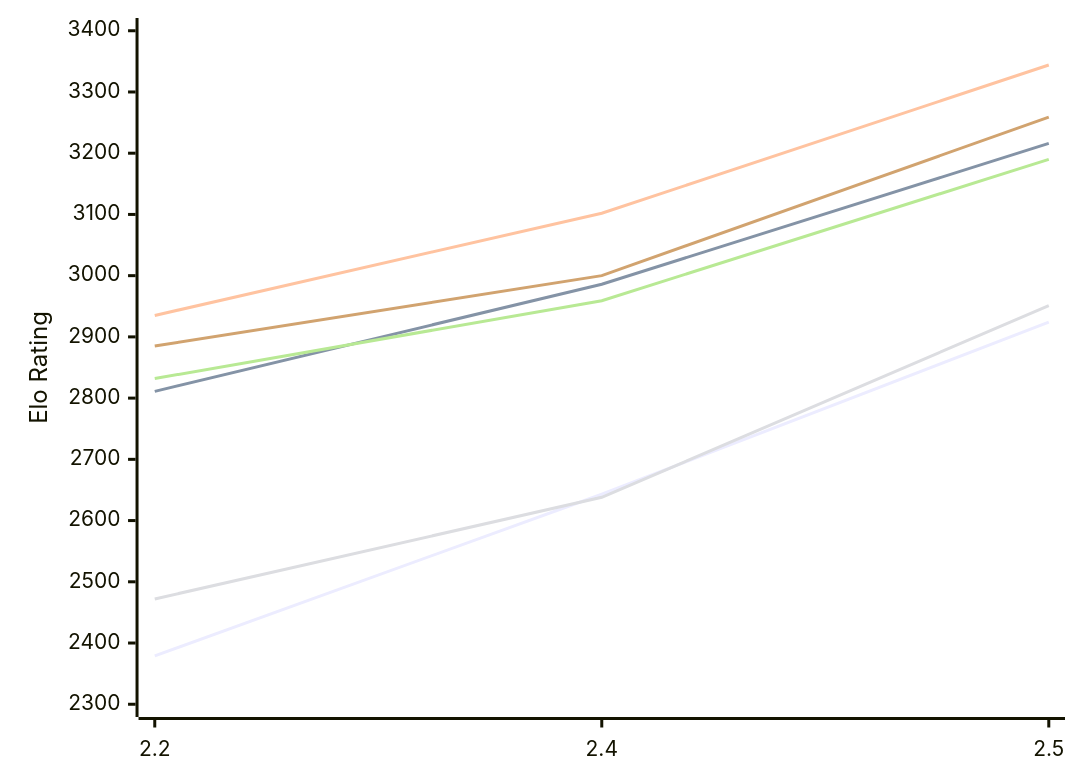
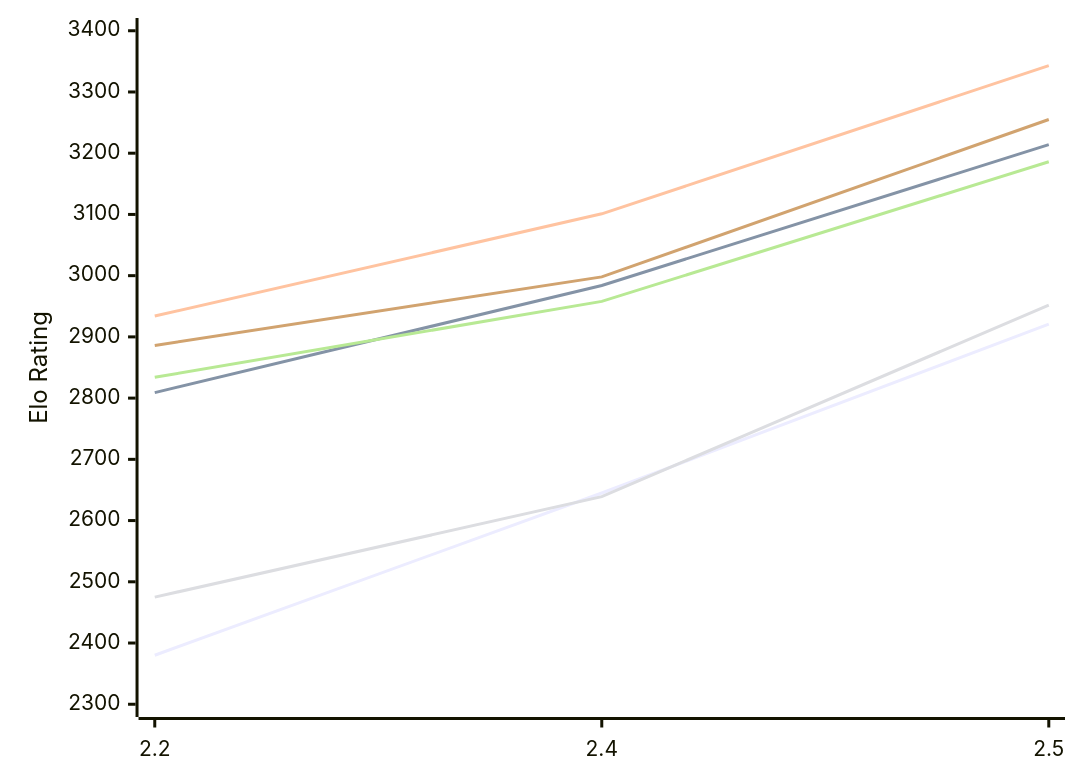
The first of 2 diagrams in engines/Sloth.md (computer-chess-index/cci), drawn with Mermaid before and after one commit. The commit also changed other lines of this file, not shown here.

Commit message:
Update CCI Ratings (ELO VLTC) - 2026-11-19

````diff
--- a/engines/Sloth.md
+++ b/engines/Sloth.md
@@ -52,12 +52,12 @@
 ```mermaid
 %%{init: {"theme":"base","themeVariables":{"seriesColors:['#a3a3a3','#222221','#faa371']}}}%%
 xychart-beta
   x-axis ["2.2", "2.4", "2.5"]
   y-axis "Elo Rating" 2300 --> 3400
-  line "E1: STC (8.0+0.08s)" [2379, 2643, 2924]
-  line "E1: LTC (60.0+0.60s)" [2811, 2986, 3216]
-  line "E1: VLTC (2m24s+1.12s)" [2935, 3102, 3344]
-  line "P1: STC (8.0+0.08s)" [2472, 2638, 2951]
-  line "P1: LTC (60.0+0.60s)" [2832, 2959, 3190]
-  line "P1: VLTC (2m24s+1.12s)" [2885, 3000, 3259]
+  line "E1: STC (8.0+0.08s)" [2380, 2645, 2921]
+  line "E1: LTC (60.0+0.60s)" [2809, 2984, 3214]
+  line "E1: VLTC (2m24s+1.12s)" [2934, 3101, 3343]
+  line "P1: STC (8.0+0.08s)" [2475, 2639, 2952]
+  line "P1: LTC (60.0+0.60s)" [2834, 2958, 3186]
+  line "P1: VLTC (2m24s+1.12s)" [2886, 2998, 3255]
 ```
````
